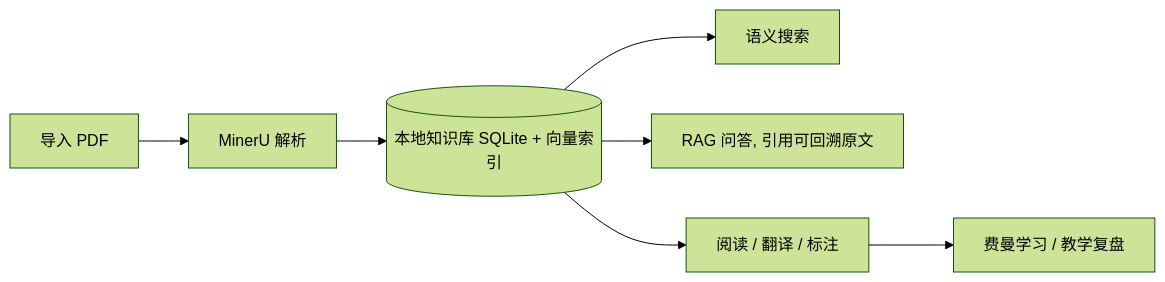
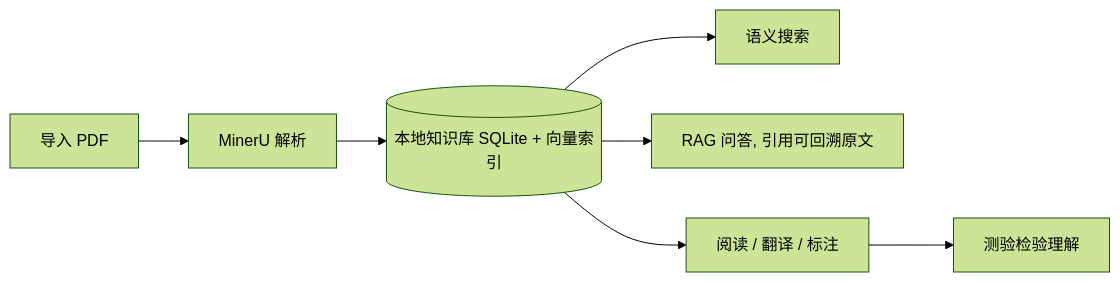
One commit to Flutter-Misdreavus/ZoomPaper changed the diagram in README.md. Above: the diagram before and after it, drawn with Mermaid (forest theme). The commit also changed other lines of this file and 21 other files, not shown here.

````diff
--- a/README.md
+++ b/README.md
@@ -40,9 +40,9 @@
 ```mermaid
 flowchart LR
     A[导入 PDF] --> B[MinerU 解析]
     B --> C[(本地知识库 SQLite + 向量索引)]
     C --> D[语义搜索]
     C --> E[RAG 问答, 引用可回溯原文]
     C --> F[阅读 / 翻译 / 标注]
-    F --> G[费曼学习 / 教学复盘]
+    F --> G[测验检验理解]
 ```
````
